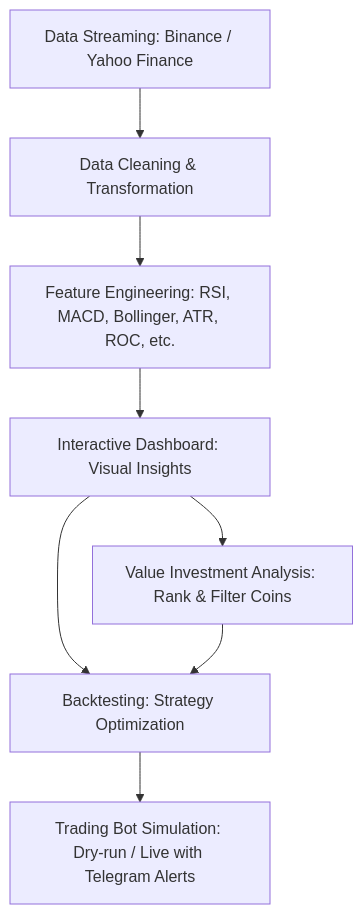
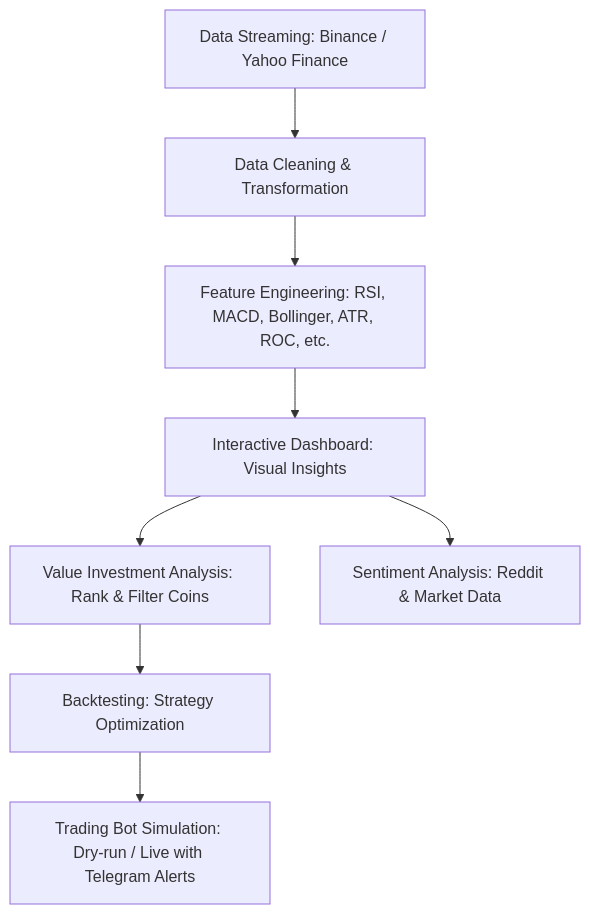
Before and after one commit to CodeEagle22/SiriFi: the diagram in README.md, drawn with Mermaid.

````diff
--- a/README.md
+++ b/README.md
@@ -54,10 +54,10 @@
 ```mermaid
 flowchart TD
     A[Data Streaming: Binance / Yahoo Finance] --> B[Data Cleaning & Transformation]
     B --> C[Feature Engineering: RSI, MACD, Bollinger, ATR, ROC, etc.]
     C --> D[Interactive Dashboard: Visual Insights]
     D --> E[Value Investment Analysis: Rank & Filter Coins]
     D --> F[Sentiment Analysis: Reddit & Market Data]
-    E --> F[Backtesting: Strategy Optimization]
-    F --> G[Trading Bot Simulation: Dry-run / Live with Telegram Alerts]
+    E --> G[Backtesting: Strategy Optimization]
+    G --> H[Trading Bot Simulation: Dry-run / Live with Telegram Alerts]
 ```
````
